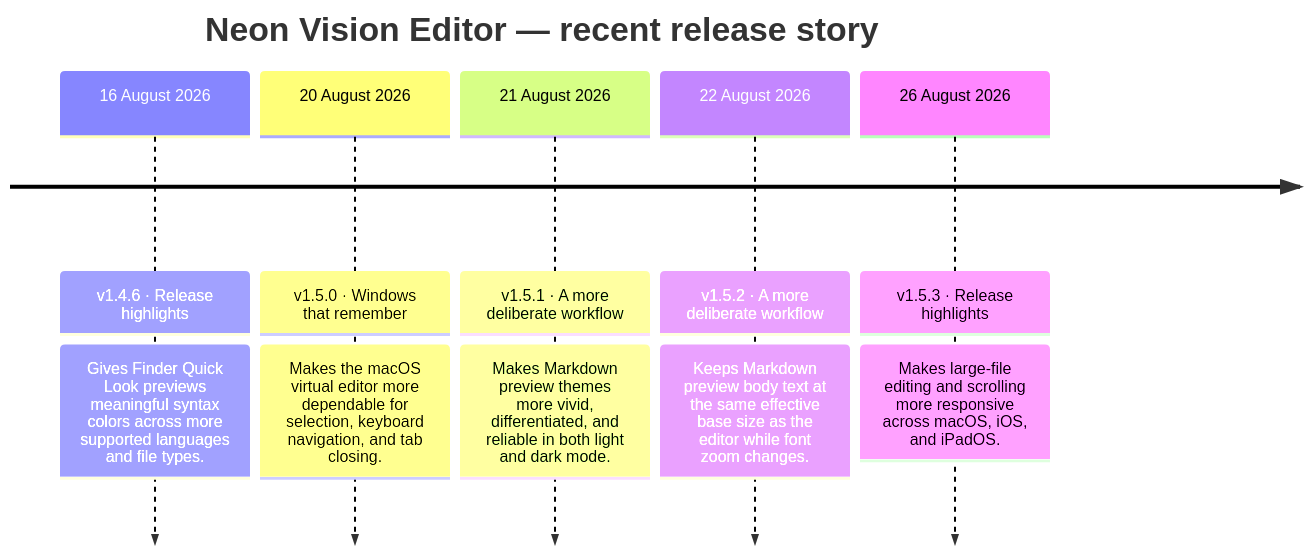
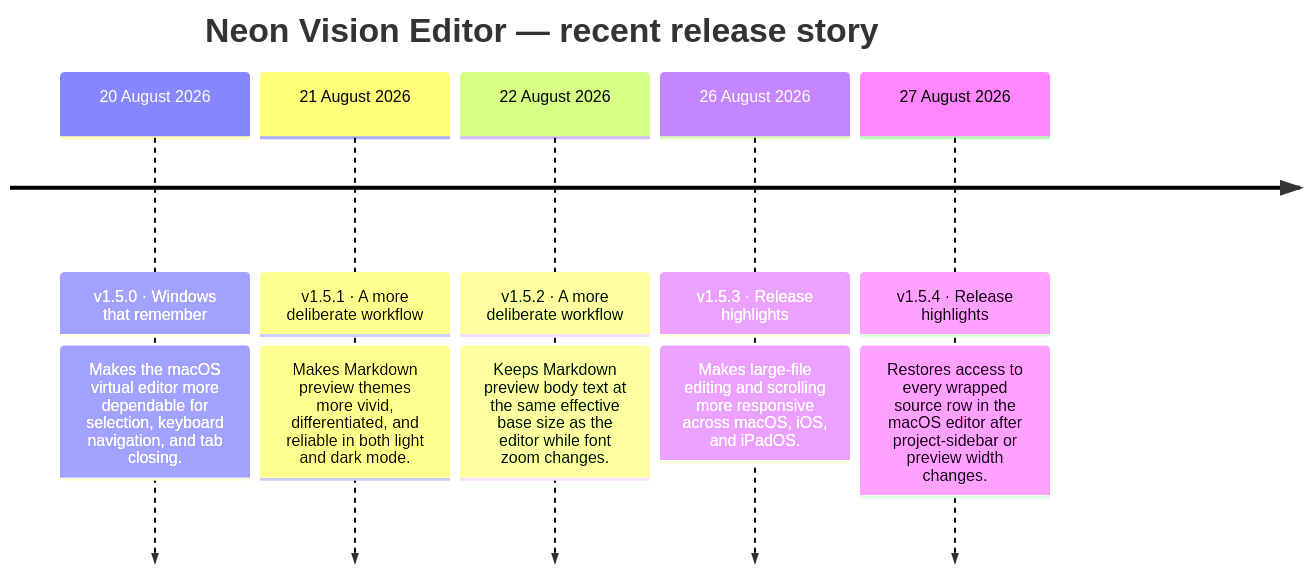
The second of 2 diagrams in README.md (h3pdesign/Neon-Vision-Editor), drawn with Mermaid before and after one commit. The commit also changed other lines of this file and 11 other files, not shown here.

````diff
--- a/README.md
+++ b/README.md
@@ -780,14 +779,14 @@
 ```mermaid
 timeline
     title Neon Vision Editor — recent release story
-    16 August 2026 : v1.4.6 · Release highlights
-                : Gives Finder Quick Look previews meaningful syntax colors across more supported languages and file types.
     20 August 2026 : v1.5.0 · Windows that remember
                 : Makes the macOS virtual editor more dependable for selection, keyboard navigation, and tab closing.
     21 August 2026 : v1.5.1 · A more deliberate workflow
                 : Makes Markdown preview themes more vivid, differentiated, and reliable in both light and dark mode.
     22 August 2026 : v1.5.2 · A more deliberate workflow
                 : Keeps Markdown preview body text at the same effective base size as the editor while font zoom changes.
     26 August 2026 : v1.5.3 · Release highlights
                 : Makes large-file editing and scrolling more responsive across macOS, iOS, and iPadOS.
+    27 August 2026 : v1.5.4 · Release highlights
+                : Restores access to every wrapped source row in the macOS editor after project-sidebar or preview width changes.
 ```
````
